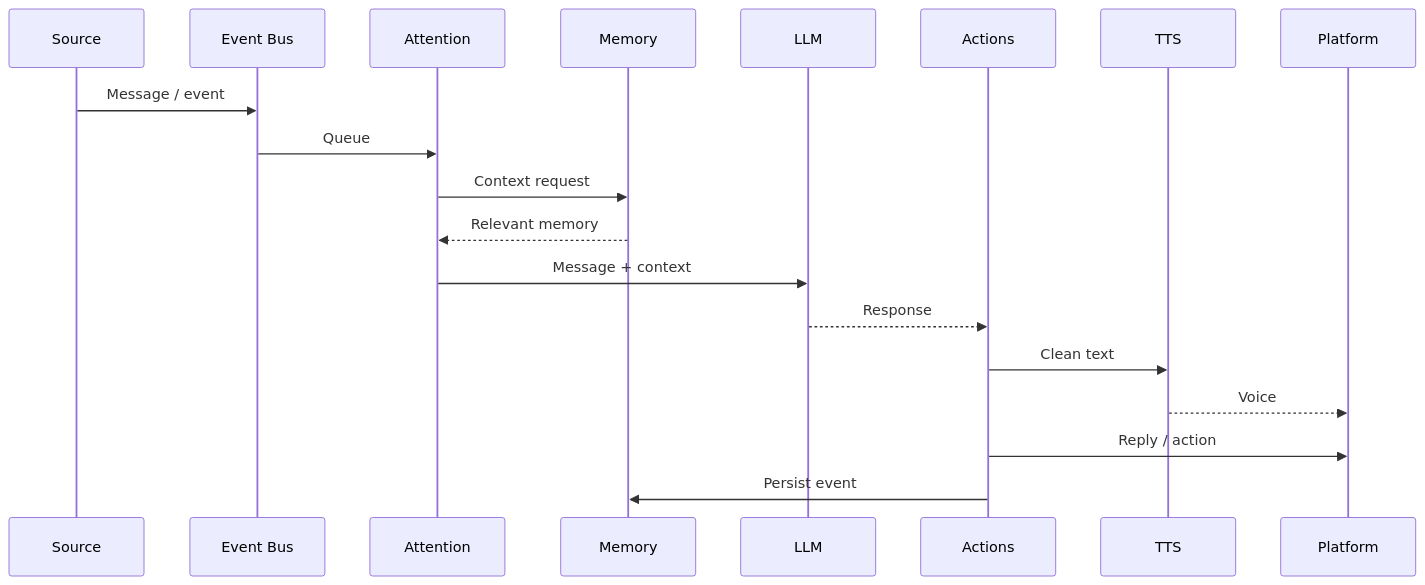
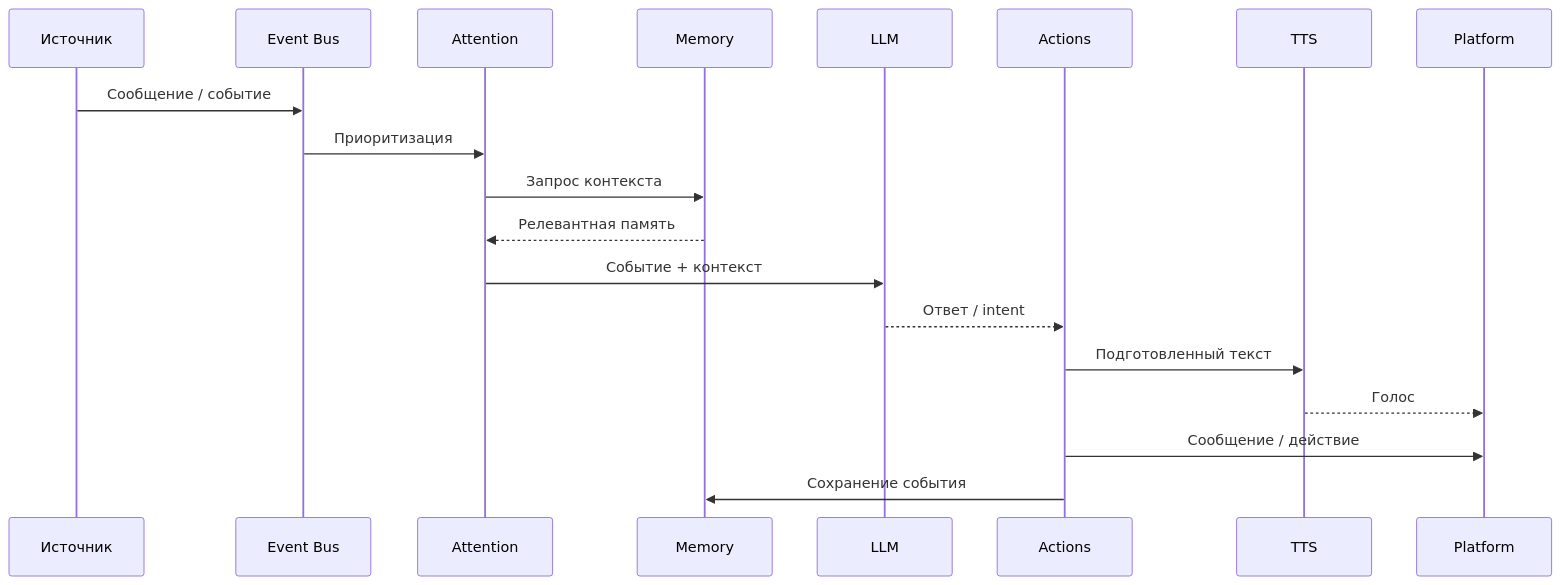
One commit to Agro4221/Vexa changed the third of 6 diagrams in README.md. Above: the diagram before and after it, drawn with Mermaid. The commit also changed other lines of this file, not shown here.

```diff
--- a/README.md
+++ b/README.md
@@ -109,22 +143,22 @@
 ~~~mermaid
 sequenceDiagram
-    participant S as Source
-    participant E as Event Bus
+    participant S as Источник
+    participant B as Event Bus
     participant A as Attention
     participant M as Memory
     participant L as LLM
     participant X as Actions
     participant T as TTS
     participant P as Platform
 
-    S->>E: Message / event
-    E->>A: Queue
-    A->>M: Context request
-    M-->>A: Relevant memory
-    A->>L: Message + context
-    L-->>X: Response
-    X->>T: Clean text
-    T-->>P: Voice
-    X->>P: Reply / action
-    X->>M: Persist event
+    S->>B: Сообщение / событие
+    B->>A: Приоритизация
+    A->>M: Запрос контекста
+    M-->>A: Релевантная память
+    A->>L: Событие + контекст
+    L-->>X: Ответ / intent
+    X->>T: Подготовленный текст
+    T-->>P: Голос
+    X->>P: Сообщение / действие
+    X->>M: Сохранение события
 ~~~
```
